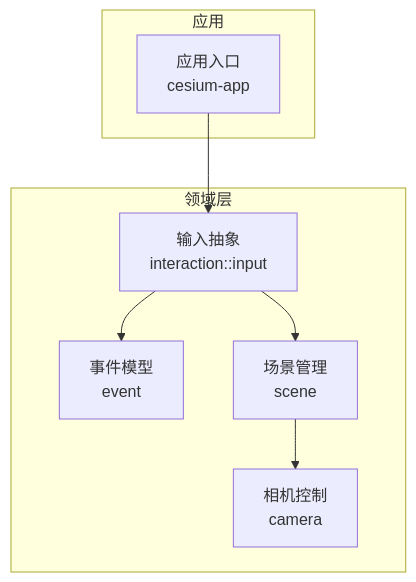
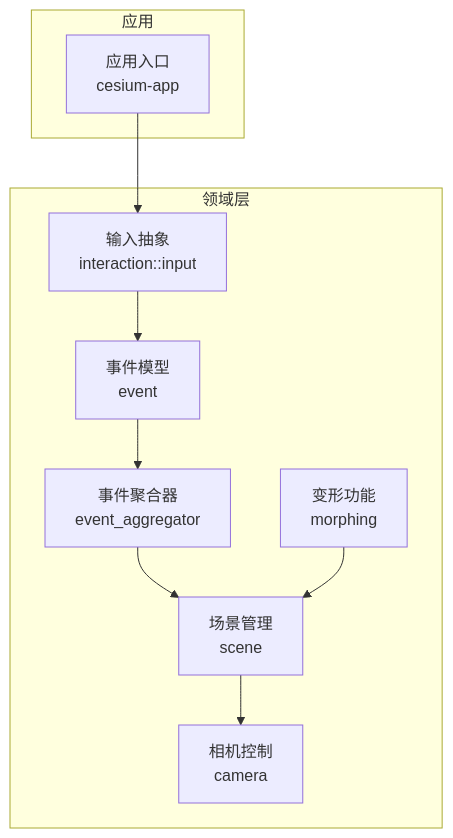
Before and after one commit to rzhangjing/cesium: the first of 7 diagrams in .qoder/repowiki/zh/content/项目概述/核心特性/相机与交互控制/交互框架.md, drawn with Mermaid. The commit also changed other lines of this file and 30 other files, not shown here.

````diff
--- a/.qoder/repowiki/zh/content/项目概述/核心特性/相机与交互控制/交互框架.md
+++ b/.qoder/repowiki/zh/content/项目概述/核心特性/相机与交互控制/交互框架.md
@@ -34,16 +50,20 @@
 ```mermaid
 graph TB
 subgraph "应用"
 App["应用入口<br/>cesium-app"]
 end
 subgraph "领域层"
 Input["输入抽象<br/>interaction::input"]
 Event["事件模型<br/>event"]
+EventAgg["事件聚合器<br/>event_aggregator"]
+Morphing["变形功能<br/>morphing"]
 Scene["场景管理<br/>scene"]
 Camera["相机控制<br/>camera"]
 end
 App --> Input
 Input --> Event
-Input --> Scene
+Event --> EventAgg
+EventAgg --> Scene
 Scene --> Camera
+Morphing --> Scene
 ```
````
